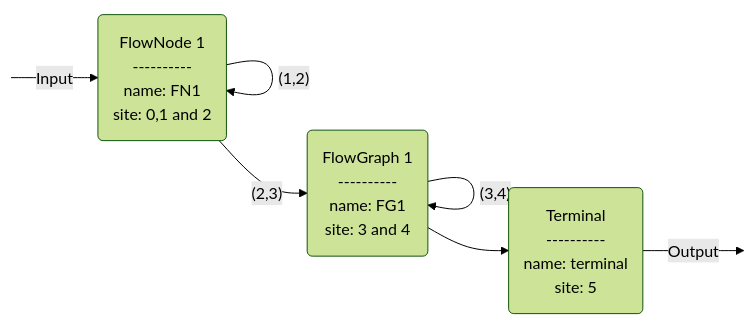
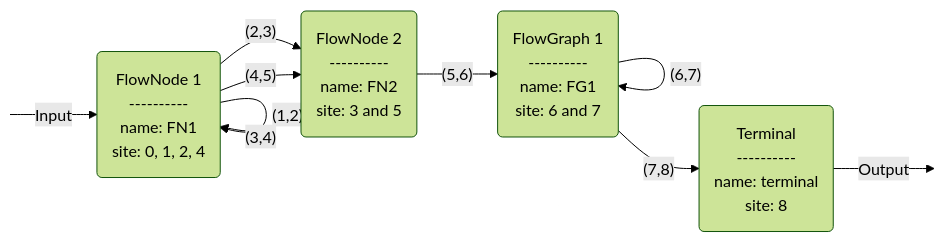
The eighth of 8 diagrams in docs/compilation.md (SeivenBell/oqd-core), drawn with Mermaid (forest theme) before and after one commit. The commit also changed other lines of this file, not shown here.

Commit message:
update: compilation.md document

````diff
--- a/docs/compilation.md
+++ b/docs/compilation.md
@@ -127,17 +127,20 @@
 ```mermaid
 flowchart LR
 
 START:::hidden -- Input --> node1
 
-node1("FlowNode 1<br/>----------<br/>name: FN1<br/>site: 0,1 and 2")
-graph1("FlowGraph 1<br/>----------<br/>name: FG1<br/>site: 3 and 4")
-terminal("Terminal<br/>----------<br/>name: terminal<br/>site: 5")
+node1("FlowNode 1<br/>----------<br/>name: FN1<br/>site: 0, 1, 2, 4")
+node2("FlowNode 2<br/>----------<br/>name: FN2<br/>site: 3 and 5")
+graph1("FlowGraph 1<br/>----------<br/>name: FG1<br/>site: 6 and 7")
+terminal("Terminal<br/>----------<br/>name: terminal<br/>site: 8")
 
-node1 -- "(0,1)" --> node1 -- "(1,2)" --> node1 -- "(2,3)" --> graph1
+node1 -- "(0,1)" --> node1 -- "(1,2)" --> node1 -- "(2,3)" --> node2
 
-graph1 -- "(3,4)" --> graph1 --> terminal
+node2 -- "(3,4)" --> node1 -- "(4,5)" --> node2 -- "(5,6)" --> graph1
+
+graph1 -- "(6,7)" --> graph1 -- "(7,8)" --> terminal
 
 terminal -- Output --> END:::hidden
 
 classDef hidden display: none;
 ```
````
